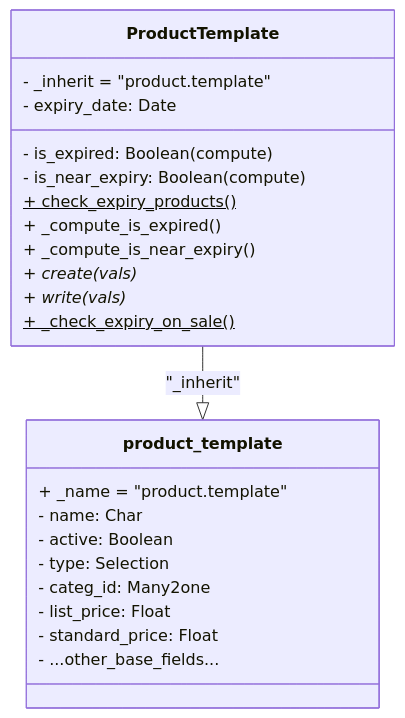
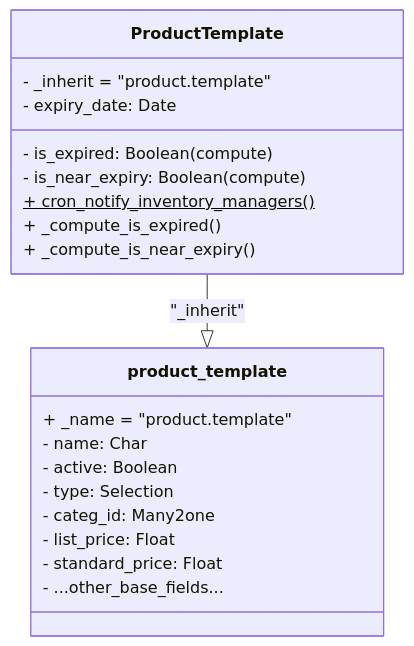
One commit to safaessam/Product-Expiry-Management changed the diagram in _docs/diagrams/pxm.md. Above: the diagram before and after it, drawn with Mermaid.

Commit message:
[IMP]pxm:add improve _docs

````diff
--- a/_docs/diagrams/pxm.md
+++ b/_docs/diagrams/pxm.md
@@ -2,33 +2,30 @@
 ```mermaid
 classDiagram
     direction TB
     
     class product_template {
         + _name = "product.template"
         - name: Char
         - active: Boolean
         - type: Selection
         - categ_id: Many2one
         - list_price: Float
         - standard_price: Float
         - ...other_base_fields...
     }
 
     class ProductTemplate {
         - _inherit = "product.template"
         - expiry_date: Date
         - is_expired: Boolean (compute)
         - is_near_expiry: Boolean (compute)
         
-        + check_expiry_products()$
+        + cron_notify_inventory_managers()$
         + _compute_is_expired()
         + _compute_is_near_expiry()
-        + create(vals)*
-        + write(vals)*
-        + _check_expiry_on_sale()$
     }
 
     ProductTemplate --|> product_template : "_inherit"
 
 
 ```
````
